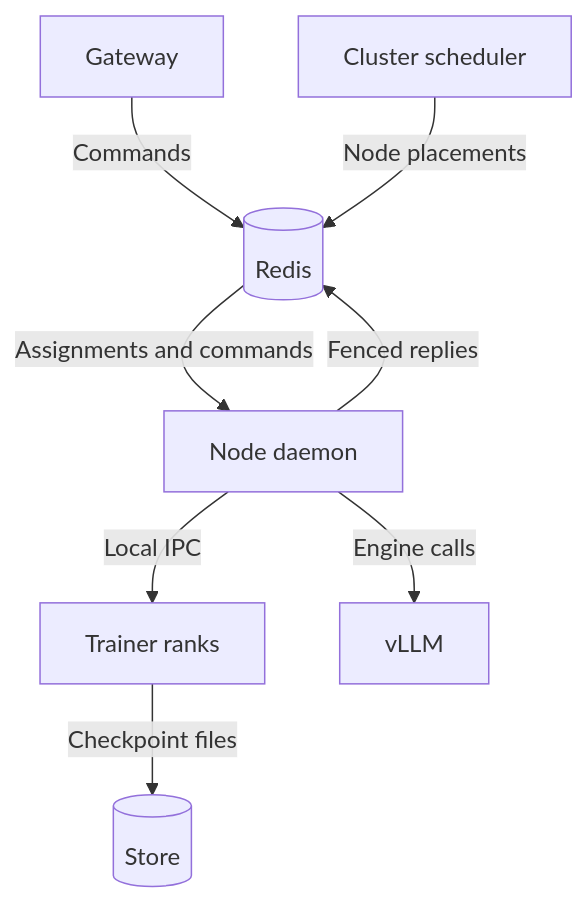
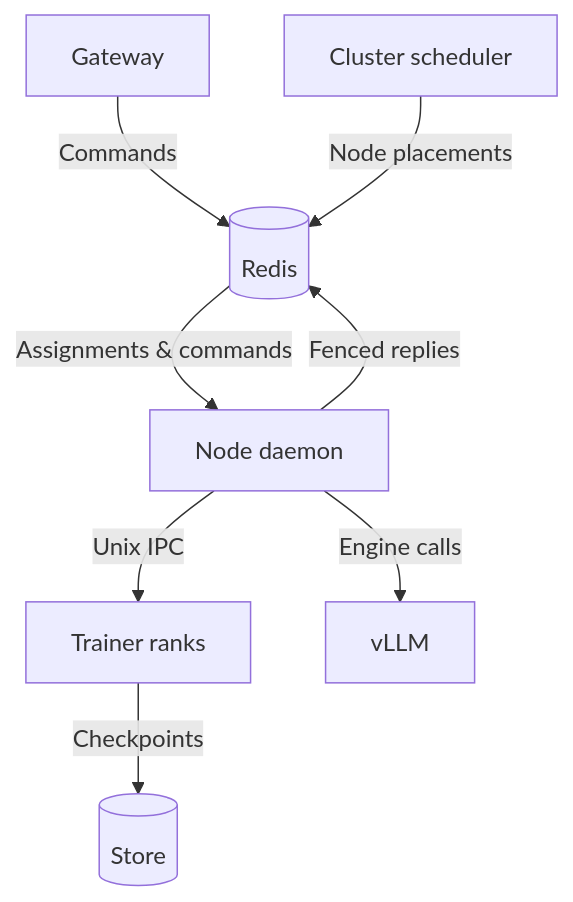
One commit to ShubyM/tiny-open-rl changed the diagram in README.md. Above: the diagram before and after it, drawn with Mermaid. The commit also changed other lines of this file, not shown here.

````diff
--- a/README.md
+++ b/README.md
@@ -134,10 +37,10 @@
 ```mermaid
 flowchart TD
   G["Gateway"] -->|Commands| R[("Redis")]
   S["Cluster scheduler"] -->|Node placements| R
-  R -->|Assignments and commands| N["Node daemon"]
-  N -->|Local IPC| T["Trainer ranks"]
+  R -->|Assignments & commands| N["Node daemon"]
+  N -->|Unix IPC| T["Trainer ranks"]
   N -->|Engine calls| V["vLLM"]
-  T -->|Checkpoint files| C[("Store")]
+  T -->|Checkpoints| C[("Store")]
   N -->|Fenced replies| R
 ```
````
